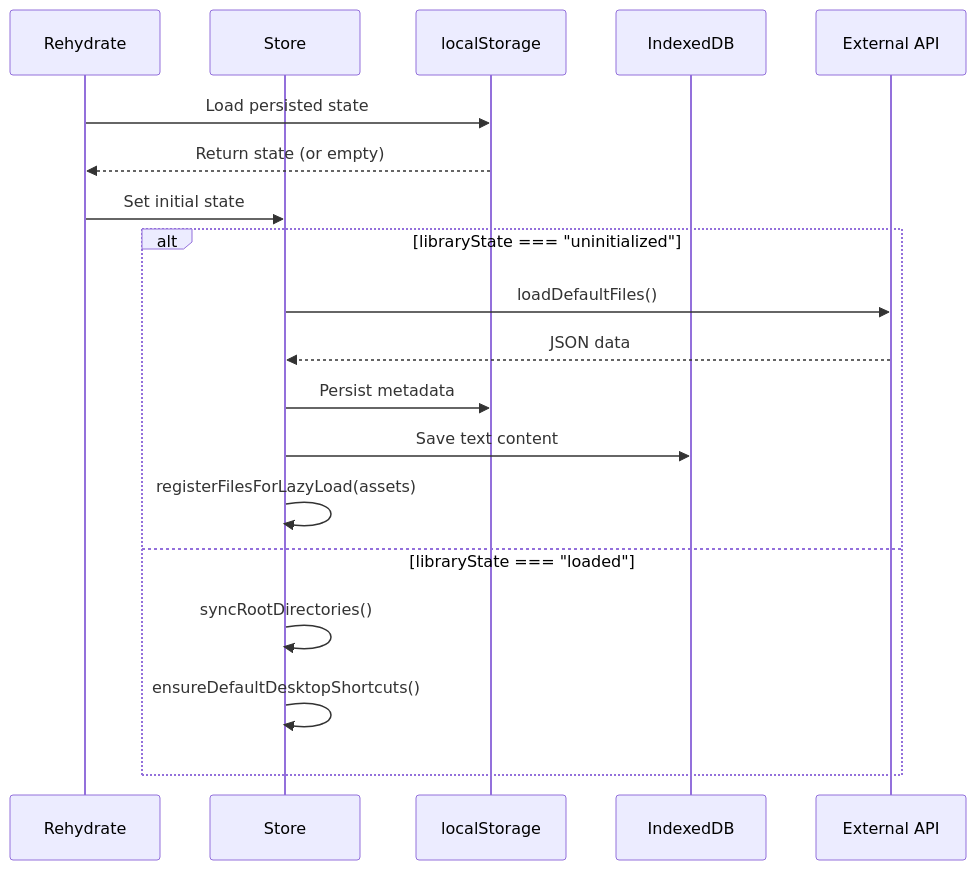
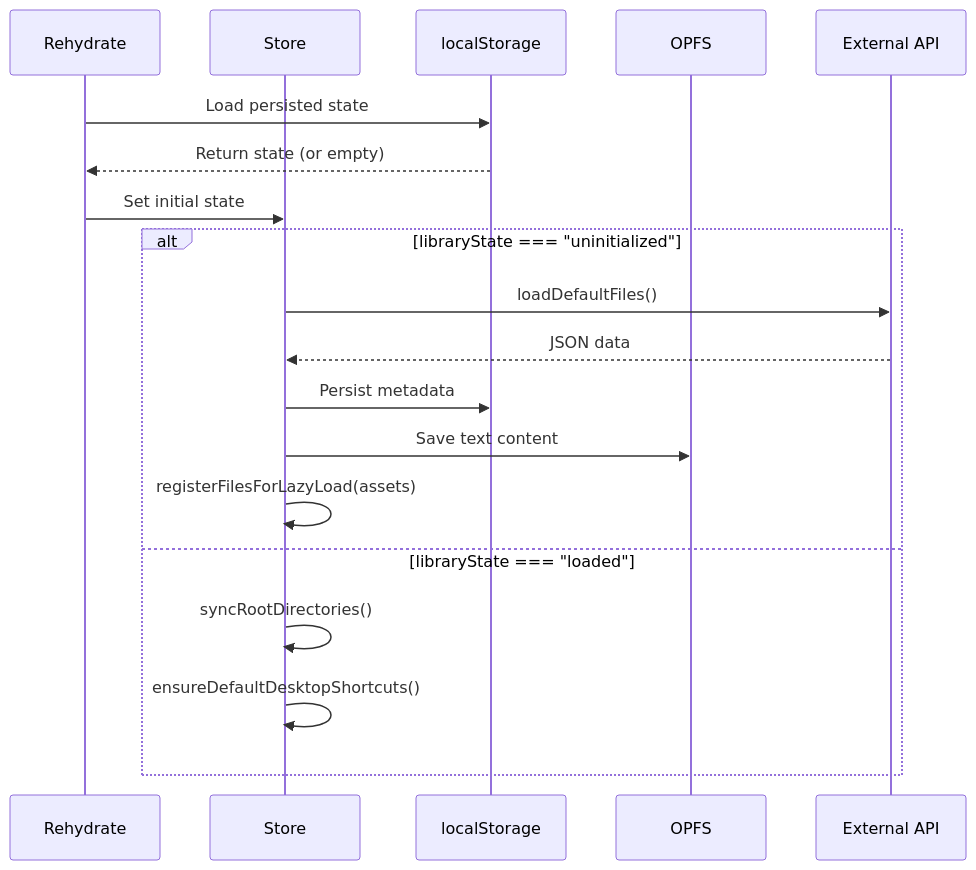
The sixth of 6 diagrams in docs/3.2-state-management.md (ryokun6/ryos), drawn with Mermaid before and after one commit. The commit also changed other lines of this file and 18 other files, not shown here.

````diff
--- a/docs/3.2-state-management.md
+++ b/docs/3.2-state-management.md
@@ -498,23 +497,23 @@
 ```mermaid
 sequenceDiagram
     participant R as Rehydrate
     participant S as Store
     participant LS as localStorage
-    participant IDB as IndexedDB
+    participant OPFS as OPFS
     participant API as External API
     
     R->>LS: Load persisted state
     LS-->>R: Return state (or empty)
     R->>S: Set initial state
     
     alt libraryState === "uninitialized"
         S->>API: loadDefaultFiles()
         API-->>S: JSON data
         S->>LS: Persist metadata
-        S->>IDB: Save text content
+        S->>OPFS: Save text content
         S->>S: registerFilesForLazyLoad(assets)
     else libraryState === "loaded"
         S->>S: syncRootDirectories()
         S->>S: ensureDefaultDesktopShortcuts()
     end
 ```
````
